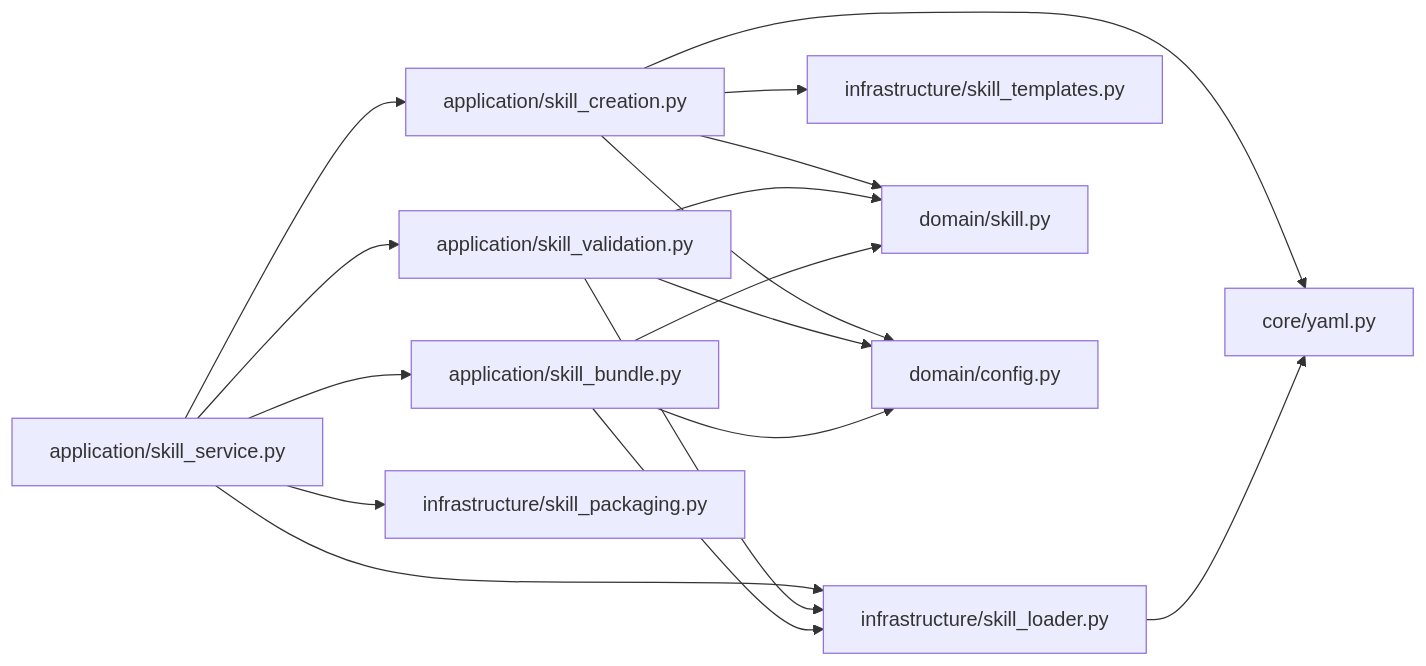
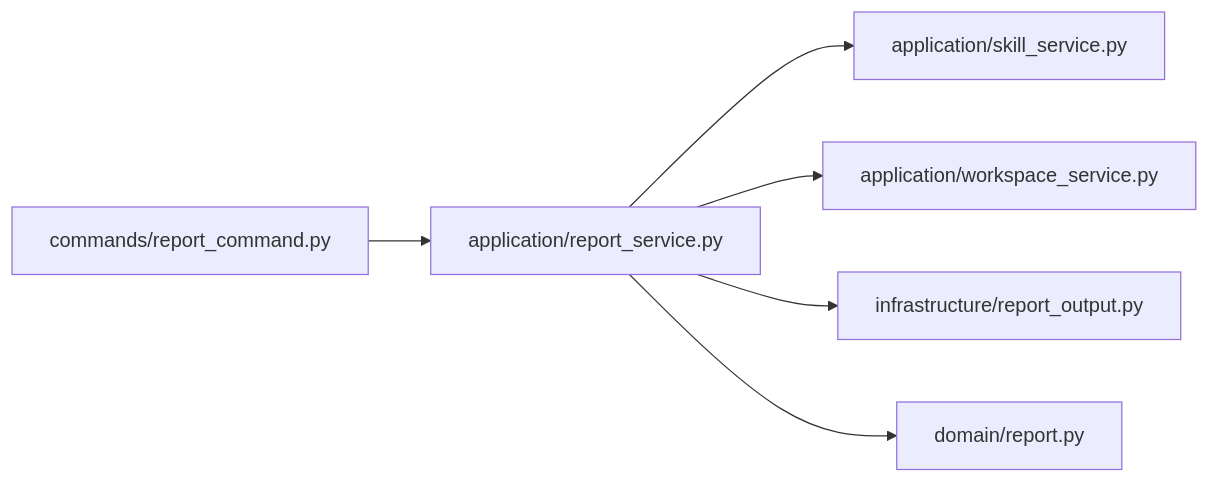
Before and after one commit to nyml2003/work-context: the ninth of 9 diagrams in docs/architecture.md, drawn with Mermaid. The commit also changed other lines of this file and 34 other files, not shown here.

````diff
--- a/docs/architecture.md
+++ b/docs/architecture.md
@@ -291,30 +419,15 @@
 ```mermaid
 flowchart LR
+    ReportCommand["commands/report_command.py"]
+    ReportService["application/report_service.py"]
     SkillService["application/skill_service.py"]
-    Creation["application/skill_creation.py"]
-    Validation["application/skill_validation.py"]
-    Bundle["application/skill_bundle.py"]
-    Loader["infrastructure/skill_loader.py"]
-    Packaging["infrastructure/skill_packaging.py"]
-    Templates["infrastructure/skill_templates.py"]
-    SkillDomain["domain/skill.py"]
-    ConfigDomain["domain/config.py"]
-    CoreYaml["core/yaml.py"]
+    WorkspaceService["application/workspace_service.py"]
+    ReportOutput["infrastructure/report_output.py"]
+    ReportDomain["domain/report.py"]
 
-    SkillService --> Creation
-    SkillService --> Validation
-    SkillService --> Bundle
-    SkillService --> Loader
-    SkillService --> Packaging
-    Creation --> Templates
-    Creation --> SkillDomain
-    Creation --> ConfigDomain
-    Creation --> CoreYaml
-    Validation --> Loader
-    Validation --> SkillDomain
-    Validation --> ConfigDomain
-    Bundle --> Loader
-    Bundle --> SkillDomain
-    Bundle --> ConfigDomain
-    Loader --> CoreYaml
+    ReportCommand --> ReportService
+    ReportService --> SkillService
+    ReportService --> WorkspaceService
+    ReportService --> ReportOutput
+    ReportService --> ReportDomain
 ```
````
